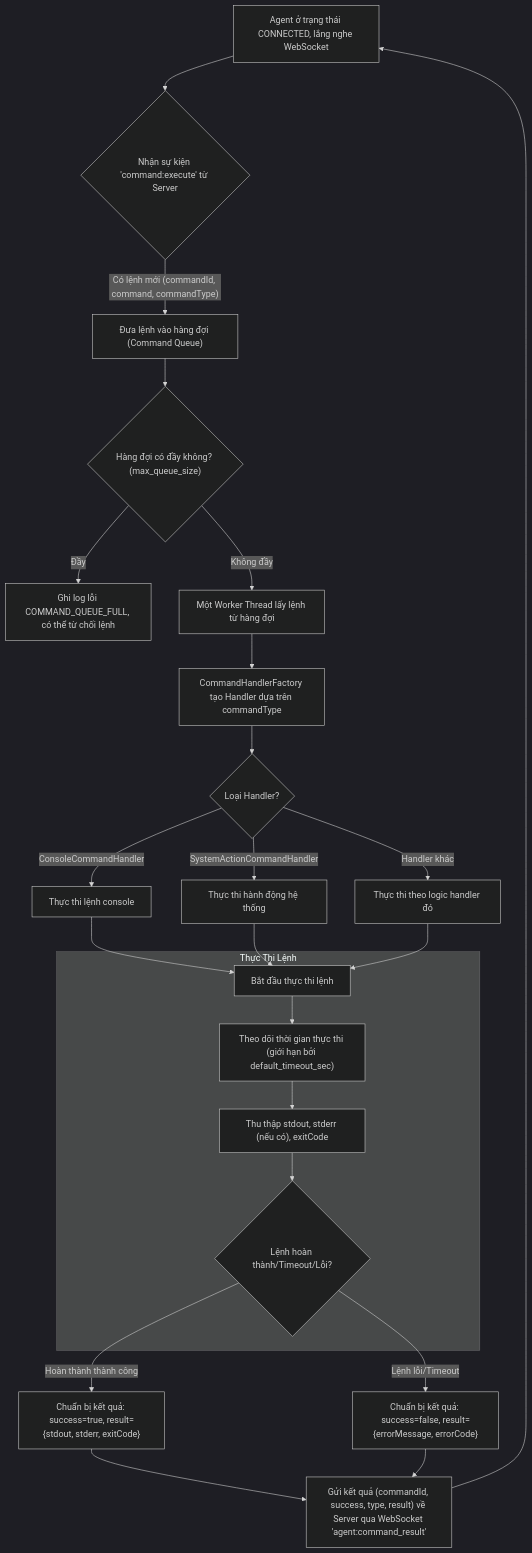
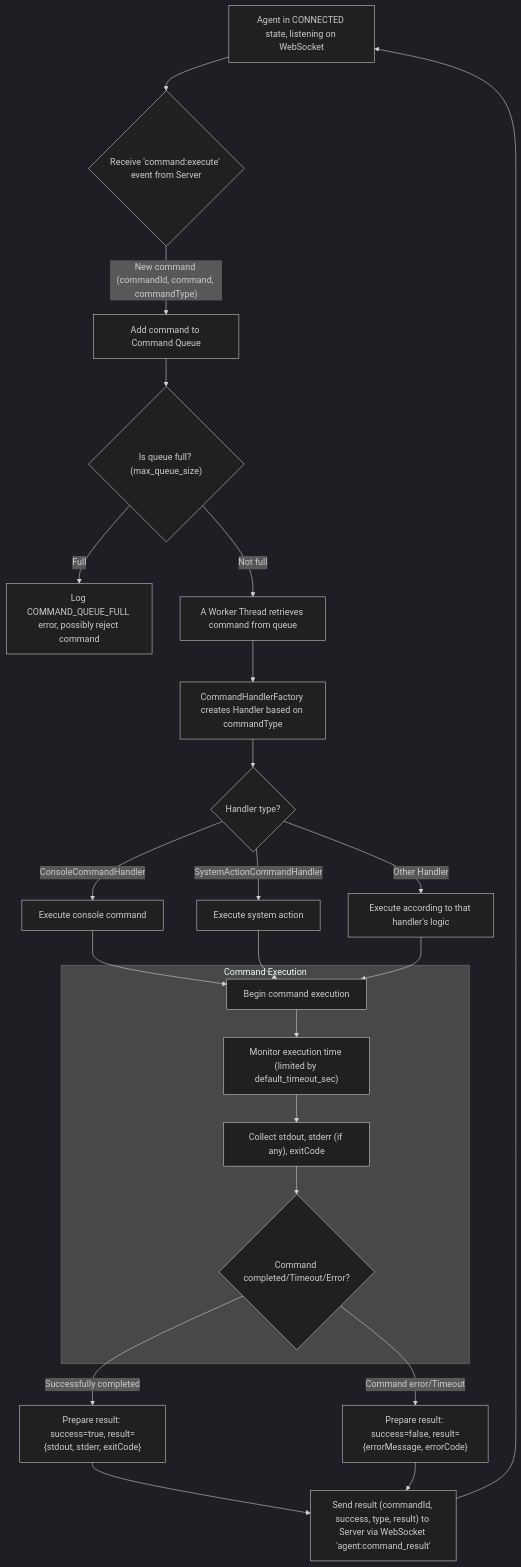
Before and after one commit to LoGGGG2402/computer-management-system: the third of 5 diagrams in agent/docs/Flow.md, drawn with Mermaid (dark theme). The commit also changed other lines of this file and 57 other files, not shown here.

````diff
--- a/agent/docs/Flow.md
+++ b/agent/docs/Flow.md
@@ -114,26 +114,26 @@
 ```mermaid
 graph TD
-    A["Agent ở trạng thái CONNECTED, lắng nghe WebSocket"] --> B{"Nhận sự kiện 'command:execute' từ Server"};
-    B -- "Có lệnh mới (commandId, command, commandType)" --> C["Đưa lệnh vào hàng đợi (Command Queue)"];
-    C --> D{"Hàng đợi có đầy không? (max_queue_size)"};
-    D -- "Đầy" --> DA["Ghi log lỗi COMMAND_QUEUE_FULL, có thể từ chối lệnh"];
-    D -- "Không đầy" --> E["Một Worker Thread lấy lệnh từ hàng đợi"];
-    E --> F["CommandHandlerFactory tạo Handler dựa trên commandType"];
-    F --> G{"Loại Handler?"};
-    G -- "ConsoleCommandHandler" --> H["Thực thi lệnh console"];
-    G -- "SystemActionCommandHandler" --> I["Thực thi hành động hệ thống"];
-    G -- "Handler khác" --> J["Thực thi theo logic handler đó"];
-    subgraph Thực Thi Lệnh
-        K["Bắt đầu thực thi lệnh"] --> L["Theo dõi thời gian thực thi (giới hạn bởi default_timeout_sec)"];
-        L --> M["Thu thập stdout, stderr (nếu có), exitCode"];
-        M --> N{"Lệnh hoàn thành/Timeout/Lỗi?"};
+    A["Agent in CONNECTED state, listening on WebSocket"] --> B{"Receive 'command:execute' event from Server"};
+    B -- "New command (commandId, command, commandType)" --> C["Add command to Command Queue"];
+    C --> D{"Is queue full? (max_queue_size)"};
+    D -- "Full" --> DA["Log COMMAND_QUEUE_FULL error, possibly reject command"];
+    D -- "Not full" --> E["A Worker Thread retrieves command from queue"];
+    E --> F["CommandHandlerFactory creates Handler based on commandType"];
+    F --> G{"Handler type?"};
+    G -- "ConsoleCommandHandler" --> H["Execute console command"];
+    G -- "SystemActionCommandHandler" --> I["Execute system action"];
+    G -- "Other Handler" --> J["Execute according to that handler's logic"];
+    subgraph Command Execution
+        K["Begin command execution"] --> L["Monitor execution time (limited by default_timeout_sec)"];
+        L --> M["Collect stdout, stderr (if any), exitCode"];
+        M --> N{"Command completed/Timeout/Error?"};
     end
     H --> K;
     I --> K;
     J --> K;
-    N -- "Hoàn thành thành công" --> O["Chuẩn bị kết quả: success=true, result={stdout, stderr, exitCode}"];
-    N -- "Lệnh lỗi/Timeout" --> P["Chuẩn bị kết quả: success=false, result={errorMessage, errorCode}"];
-    O --> Q["Gửi kết quả (commandId, success, type, result) về Server qua WebSocket 'agent:command_result'"];
+    N -- "Successfully completed" --> O["Prepare result: success=true, result={stdout, stderr, exitCode}"];
+    N -- "Command error/Timeout" --> P["Prepare result: success=false, result={errorMessage, errorCode}"];
+    O --> Q["Send result (commandId, success, type, result) to Server via WebSocket 'agent:command_result'"];
     P --> Q;
     Q --> A;
 ```
````
